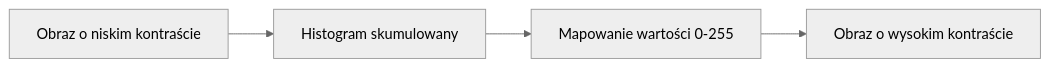
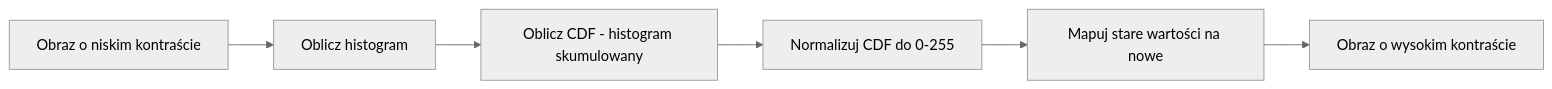
Before and after one commit to zacniewski/digital-image-processing-exercises: the second of 4 diagrams in lectures/04_histograms.md, drawn with Mermaid (neutral theme). The commit also changed other lines of this file and 6 other files, not shown here.

````diff
--- a/lectures/04_histograms.md
+++ b/lectures/04_histograms.md
@@ -81,6 +130,8 @@
 ```mermaid
 graph LR
-    A[Obraz o niskim kontraście] --> B[Histogram skumulowany]
-    B --> C[Mapowanie wartości 0-255]
-    C --> D[Obraz o wysokim kontraście]
+    A[Obraz o niskim kontraście] --> B[Oblicz histogram]
+    B --> C[Oblicz CDF - histogram skumulowany]
+    C --> D[Normalizuj CDF do 0-255]
+    D --> E[Mapuj stare wartości na nowe]
+    E --> F[Obraz o wysokim kontraście]
 ```
````
